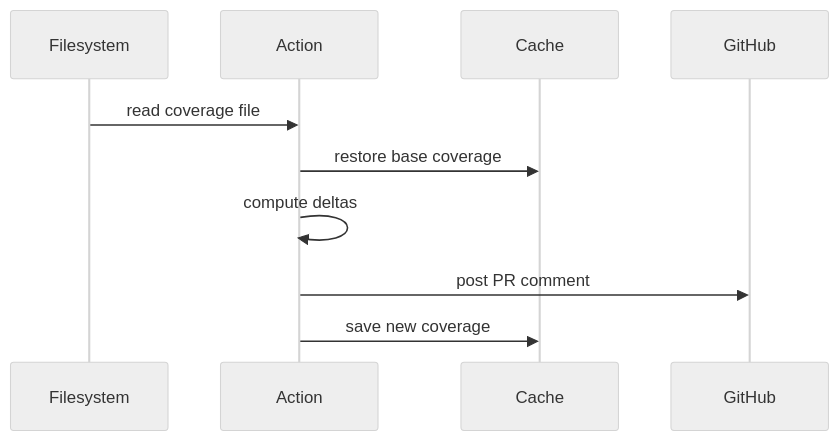
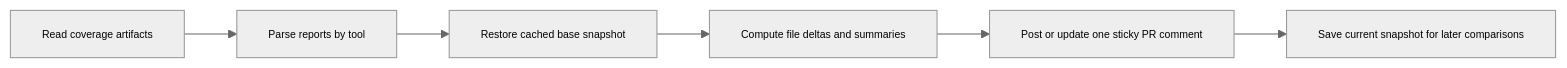
Before and after one commit to xseman/coverage: the diagram in README.md, drawn with Mermaid. The commit also changed other lines of this file and 5 other files, not shown here.

````diff
--- a/README.md
+++ b/README.md
@@ -77,20 +106,16 @@
 ```mermaid
 ---
 config:
   theme: neutral
   themeVariables:
     fontFamily: monospace
     fontSize: "10px"
 ---
-sequenceDiagram
-    participant F as Filesystem
-    participant A as Action
-    participant C as Cache
-    participant G as GitHub
 
-    F->>A: read coverage file
-    A->>C: restore base coverage
-    A->>A: compute deltas
-    A->>G: post PR comment
-    A->>C: save new coverage
+flowchart LR
+  A[Read coverage artifacts] --> B[Parse reports by tool]
+  B --> C[Restore cached base snapshot]
+  C --> D[Compute file deltas and summaries]
+  D --> E[Post or update one sticky PR comment]
+  E --> F[Save current snapshot for later comparisons]
 ```
````
